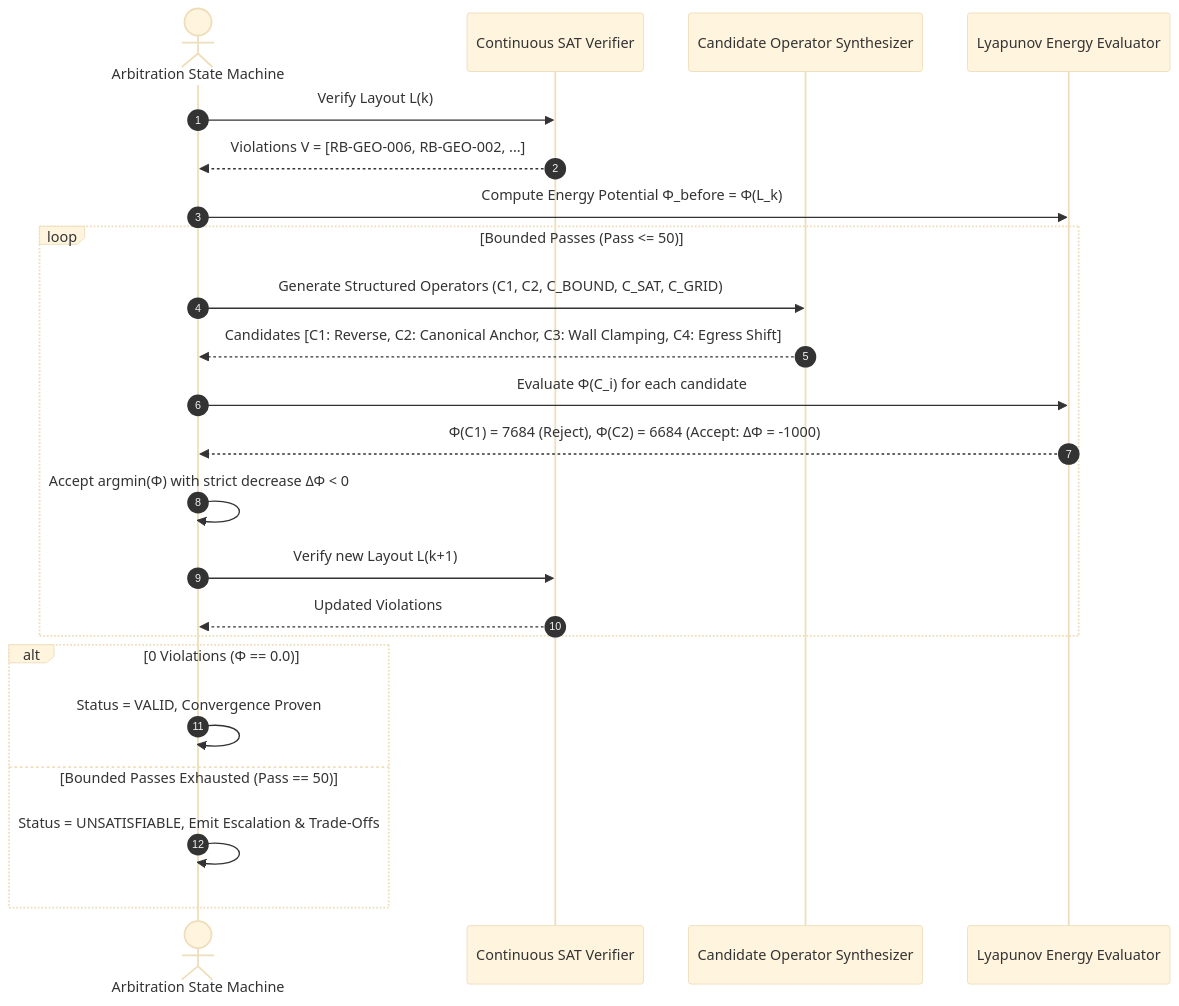
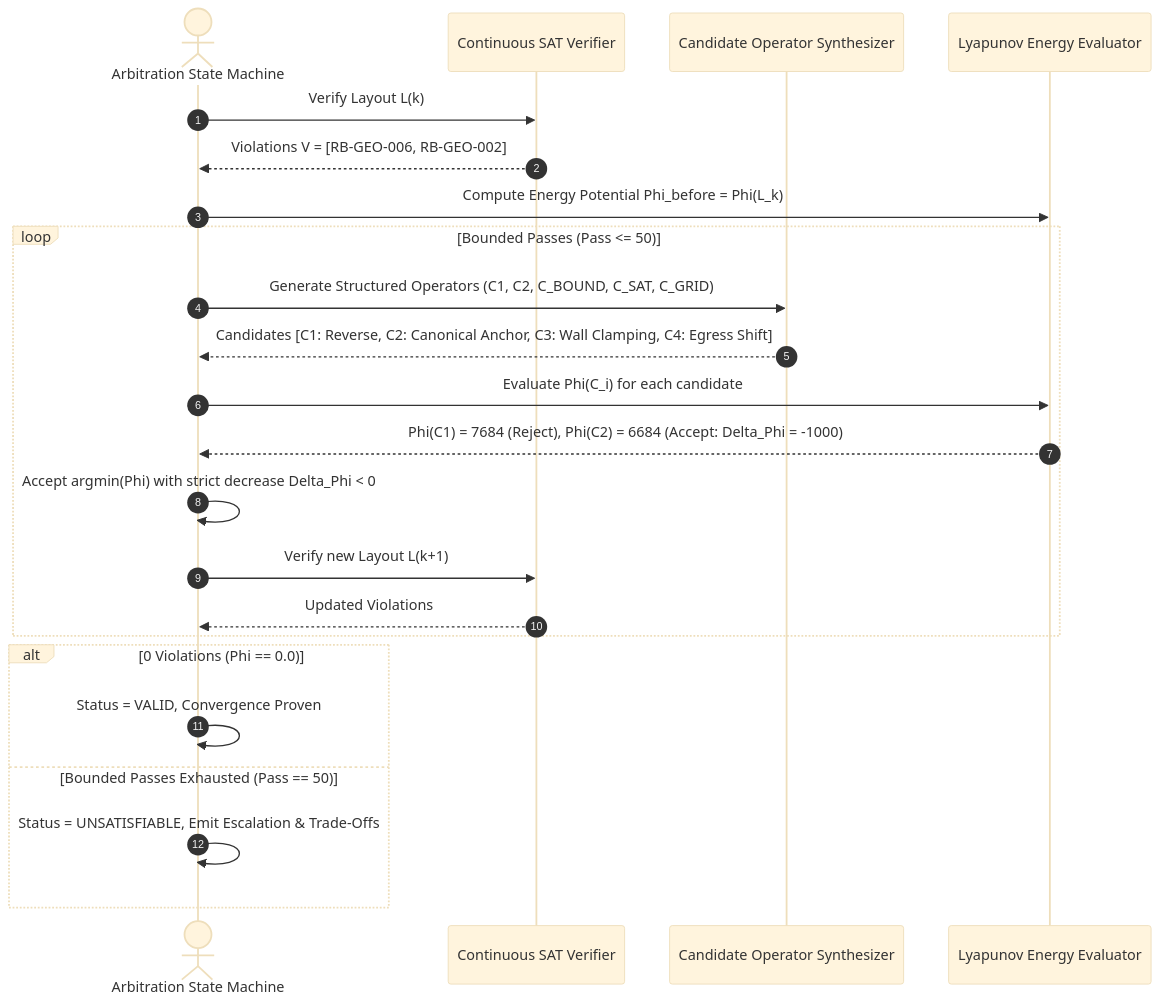
Before and after one commit to Rishisharma029/rulebound-studio: the second of 2 diagrams in README.md, drawn with Mermaid (base theme). The commit also changed other lines of this file, not shown here.

Commit message:
docs: fix Mermaid diagram syntax quotes and LaTeX math escaping in README

````diff
--- a/README.md
+++ b/README.md
@@ -90,28 +90,28 @@
 ```mermaid
 sequenceDiagram
     autonumber
     actor Engine as Arbitration State Machine
     participant SAT as Continuous SAT Verifier
     participant Cand as Candidate Operator Synthesizer
     participant Lyap as Lyapunov Energy Evaluator
 
     Engine->>SAT: Verify Layout L(k)
-    SAT-->>Engine: Violations V = [RB-GEO-006, RB-GEO-002, ...]
-    Engine->>Lyap: Compute Energy Potential Φ_before = Φ(L_k)
+    SAT-->>Engine: Violations V = [RB-GEO-006, RB-GEO-002]
+    Engine->>Lyap: Compute Energy Potential Phi_before = Phi(L_k)
     
     loop Bounded Passes (Pass <= 50)
         Engine->>Cand: Generate Structured Operators (C1, C2, C_BOUND, C_SAT, C_GRID)
         Cand-->>Engine: Candidates [C1: Reverse, C2: Canonical Anchor, C3: Wall Clamping, C4: Egress Shift]
-        Engine->>Lyap: Evaluate Φ(C_i) for each candidate
-        Lyap-->>Engine: Φ(C1) = 7684 (Reject), Φ(C2) = 6684 (Accept: ΔΦ = -1000)
-        Engine->>Engine: Accept argmin(Φ) with strict decrease ΔΦ < 0
+        Engine->>Lyap: Evaluate Phi(C_i) for each candidate
+        Lyap-->>Engine: Phi(C1) = 7684 (Reject), Phi(C2) = 6684 (Accept: Delta_Phi = -1000)
+        Engine->>Engine: Accept argmin(Phi) with strict decrease Delta_Phi < 0
         Engine->>SAT: Verify new Layout L(k+1)
         SAT-->>Engine: Updated Violations
     end
     
-    alt 0 Violations (Φ == 0.0)
+    alt 0 Violations (Phi == 0.0)
         Engine->>Engine: Status = VALID, Convergence Proven
     else Bounded Passes Exhausted (Pass == 50)
         Engine->>Engine: Status = UNSATISFIABLE, Emit Escalation & Trade-Offs
     end
 ```
````
